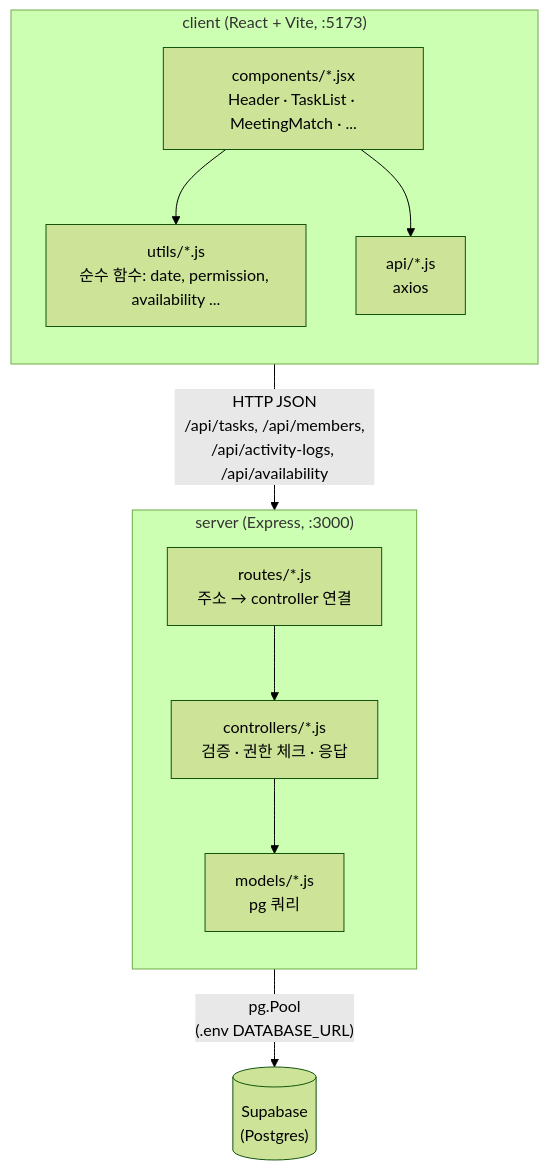
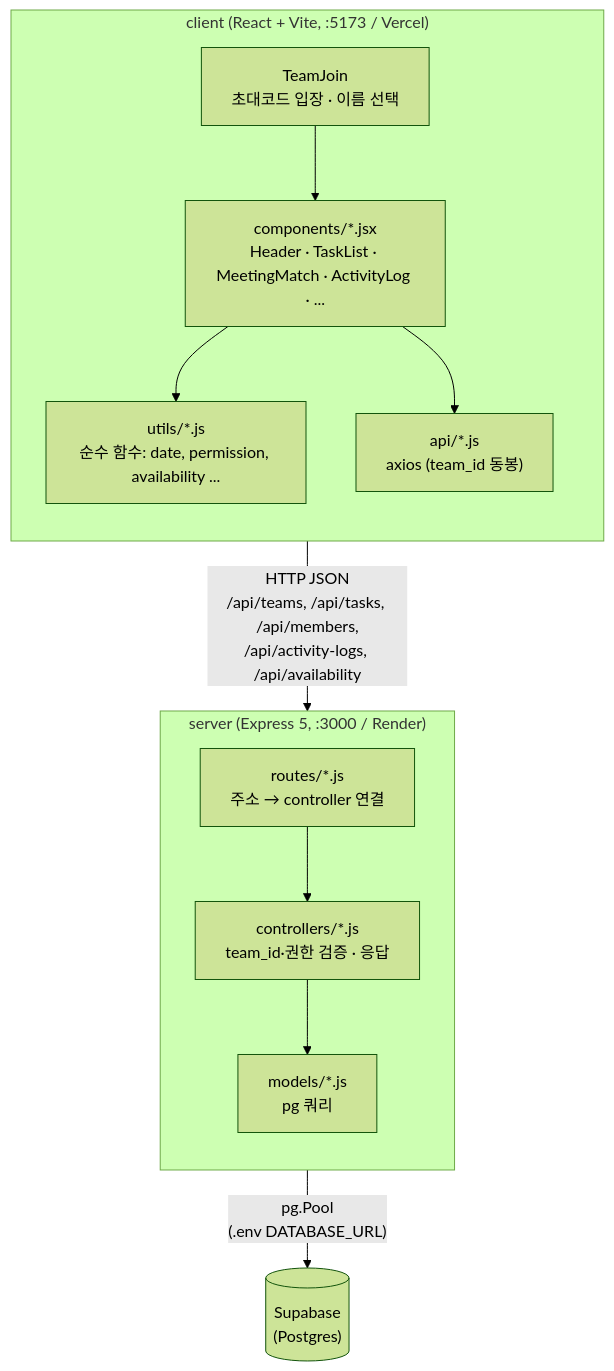
The diagram in README.md (Mureung1/hub-showcase), drawn with Mermaid (forest theme) before and after one commit. The commit also changed other lines of this file, not shown here.

Commit message:
docs: README 최신화 (멀티팀·드래그·배포·API 반영)

````diff
--- a/README.md
+++ b/README.md
@@ -14,24 +22,26 @@
 ```mermaid
 flowchart TB
-  subgraph Browser["client (React + Vite, :5173)"]
+  subgraph Browser["client (React + Vite, :5173 / Vercel)"]
     direction TB
-    Components["components/*.jsx<br/>Header · TaskList · MeetingMatch · ..."]
+    TeamJoin["TeamJoin<br/>초대코드 입장 · 이름 선택"]
+    Components["components/*.jsx<br/>Header · TaskList · MeetingMatch · ActivityLog · ..."]
     Utils["utils/*.js<br/>순수 함수: date, permission, availability ..."]
-    ApiLayer["api/*.js<br/>axios"]
+    ApiLayer["api/*.js<br/>axios (team_id 동봉)"]
+    TeamJoin --> Components
     Components --> Utils
     Components --> ApiLayer
   end
 
-  subgraph ServerBox["server (Express, :3000)"]
+  subgraph ServerBox["server (Express 5, :3000 / Render)"]
     direction TB
     RoutesL["routes/*.js<br/>주소 → controller 연결"]
-    ControllersL["controllers/*.js<br/>검증 · 권한 체크 · 응답"]
+    ControllersL["controllers/*.js<br/>team_id·권한 검증 · 응답"]
     ModelsL["models/*.js<br/>pg 쿼리"]
     RoutesL --> ControllersL --> ModelsL
   end
 
   DB[("Supabase<br/>(Postgres)")]
 
-  ApiLayer -- "HTTP JSON<br/>/api/tasks, /api/members,<br/>/api/activity-logs, /api/availability" --> RoutesL
+  ApiLayer -- "HTTP JSON<br/>/api/teams, /api/tasks, /api/members,<br/>/api/activity-logs, /api/availability" --> RoutesL
   ModelsL -- "pg.Pool<br/>(.env DATABASE_URL)" --> DB
 ```
````
